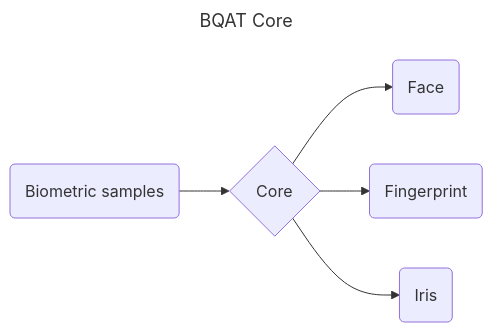
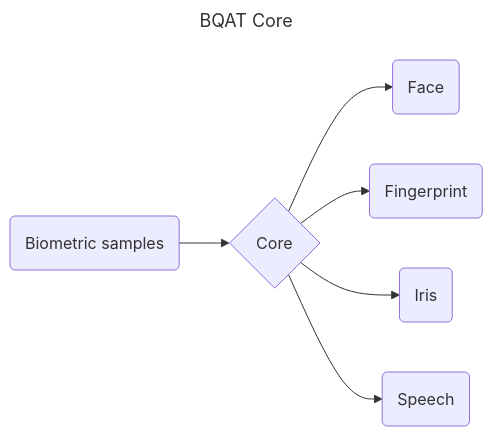
The second of 6 diagrams in framework.md (Biometix/biometix.github.io), drawn with Mermaid before and after one commit. The commit also changed 5 other files, not shown here.

````diff
--- a/framework.md
+++ b/framework.md
@@ -29,10 +29,11 @@
 ``` mermaid
 ---
 title: BQAT Core
 ---
 graph LR
     input(Biometric samples) --> core{Core}
-    core{Core Interface} --> face(Face)
+    core{Core} --> face(Face)
     core{Core} --> finger(Fingerprint)
     core{Core} --> iris(Iris)
+    core{Core} --> speech(Speech)
 ```
````
